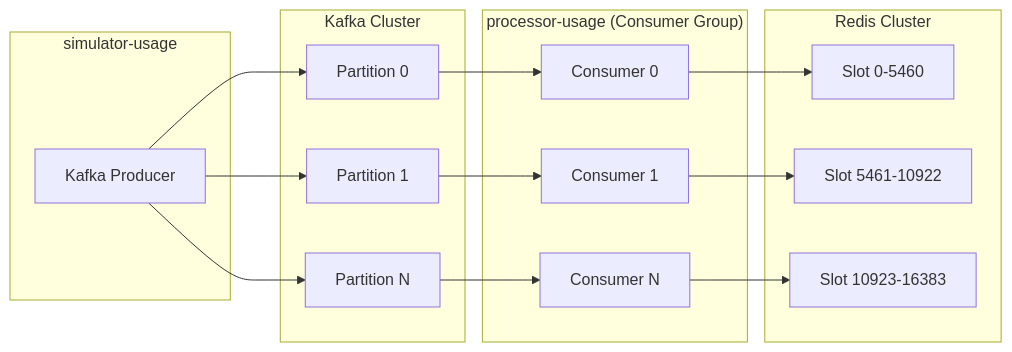
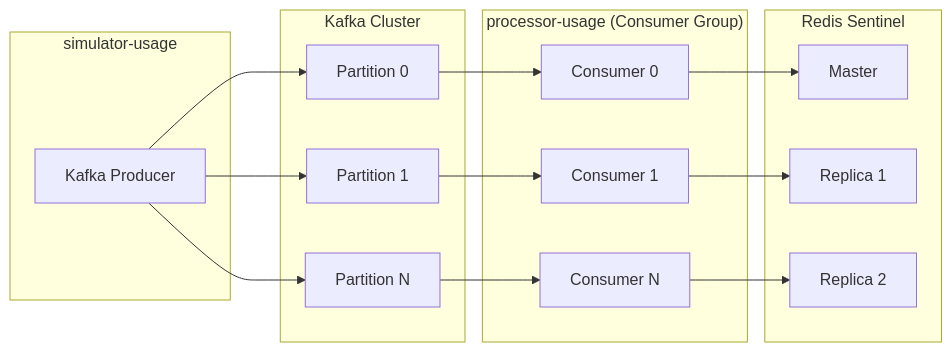
Diagram 11 of 12 in profile/README.md (da-bom/.github), drawn with Mermaid before and after one commit. The commit also changed other lines of this file, not shown here.

````diff
--- a/profile/README.md
+++ b/profile/README.md
@@ -2098,36 +2078,36 @@
 ```mermaid
 flowchart LR
     subgraph "simulator-usage"
         TG["Kafka Producer"]
     end
 
     subgraph "Kafka Cluster"
         P0["Partition 0"]
         P1["Partition 1"]
         PN["Partition N"]
     end
 
     TG --> P0
     TG --> P1
     TG --> PN
 
     subgraph "processor-usage (Consumer Group)"
         C0["Consumer 0"]
         C1["Consumer 1"]
         CN["Consumer N"]
     end
 
     P0 --> C0
     P1 --> C1
     PN --> CN
 
-    subgraph "Redis Cluster"
-        R1["Slot 0-5460"]
-        R2["Slot 5461-10922"]
-        R3["Slot 10923-16383"]
+    subgraph "Redis Sentinel"
+        R1["Master"]
+        R2["Replica 1"]
+        R3["Replica 2"]
     end
 
     C0 --> R1
     C1 --> R2
     CN --> R3
 ```
````
